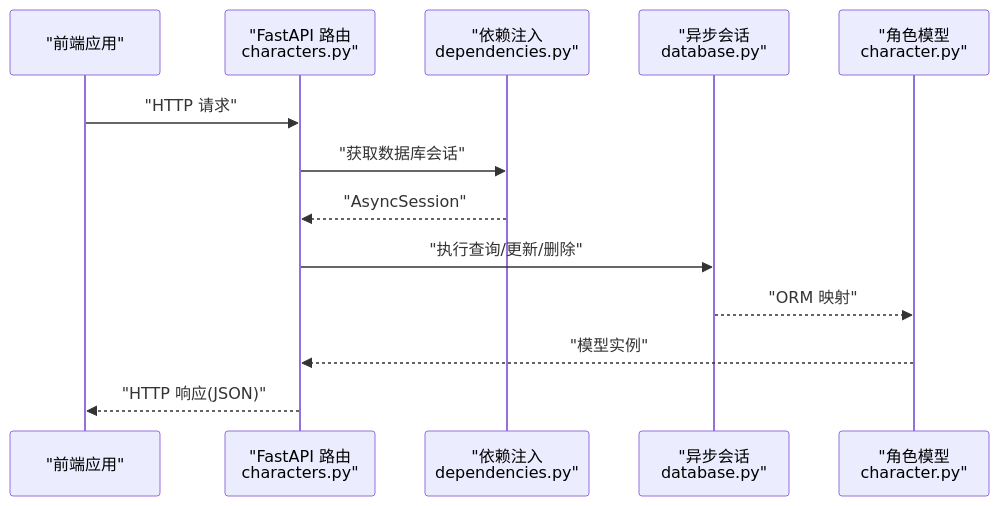
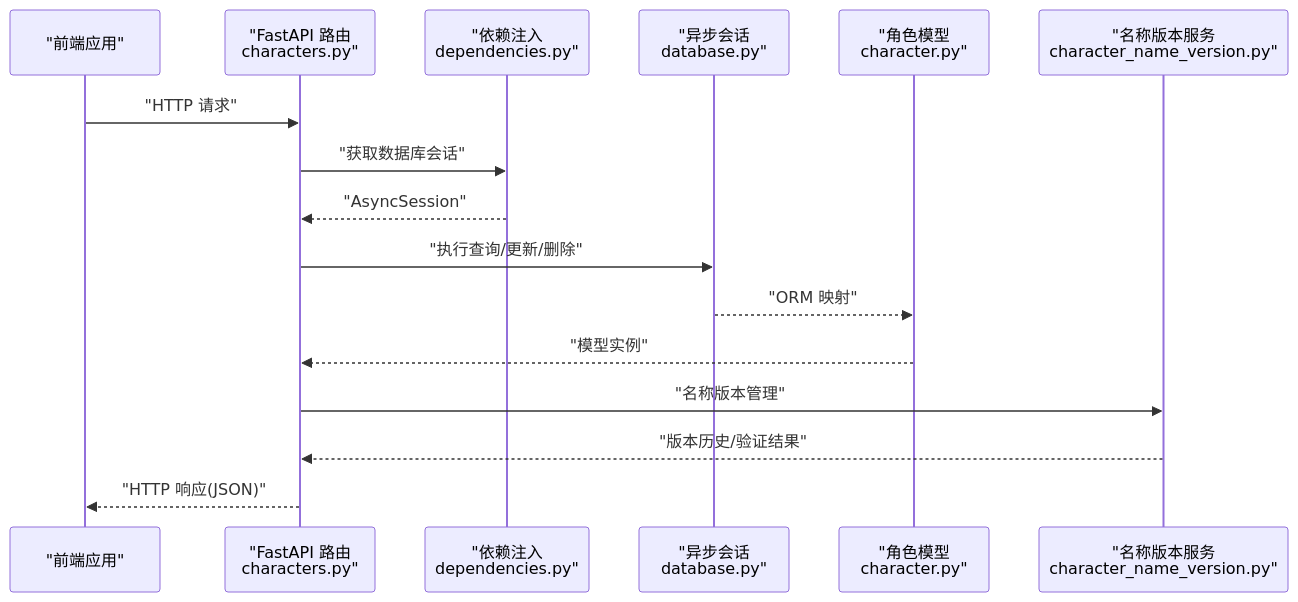
The second of 10 diagrams in .qoder/repowiki/zh/content/API接口文档/角色管理API.md (xfbyxq/ai-novel-system), drawn with Mermaid before and after one commit. The commit also changed other lines of this file and 11 other files, not shown here.

````diff
--- a/.qoder/repowiki/zh/content/API接口文档/角色管理API.md
+++ b/.qoder/repowiki/zh/content/API接口文档/角色管理API.md
@@ -122,15 +158,18 @@
 ```mermaid
 sequenceDiagram
 participant FE as "前端应用"
 participant API as "FastAPI 路由<br/>characters.py"
 participant DEP as "依赖注入<br/>dependencies.py"
 participant DB as "异步会话<br/>database.py"
 participant MODEL as "角色模型<br/>character.py"
+participant NAME_VER as "名称版本服务<br/>character_name_version.py"
 FE->>API : "HTTP 请求"
 API->>DEP : "获取数据库会话"
 DEP-->>API : "AsyncSession"
 API->>DB : "执行查询/更新/删除"
 DB-->>MODEL : "ORM 映射"
 MODEL-->>API : "模型实例"
+API->>NAME_VER : "名称版本管理"
+NAME_VER-->>API : "版本历史/验证结果"
 API-->>FE : "HTTP 响应(JSON)"
 ```
````
